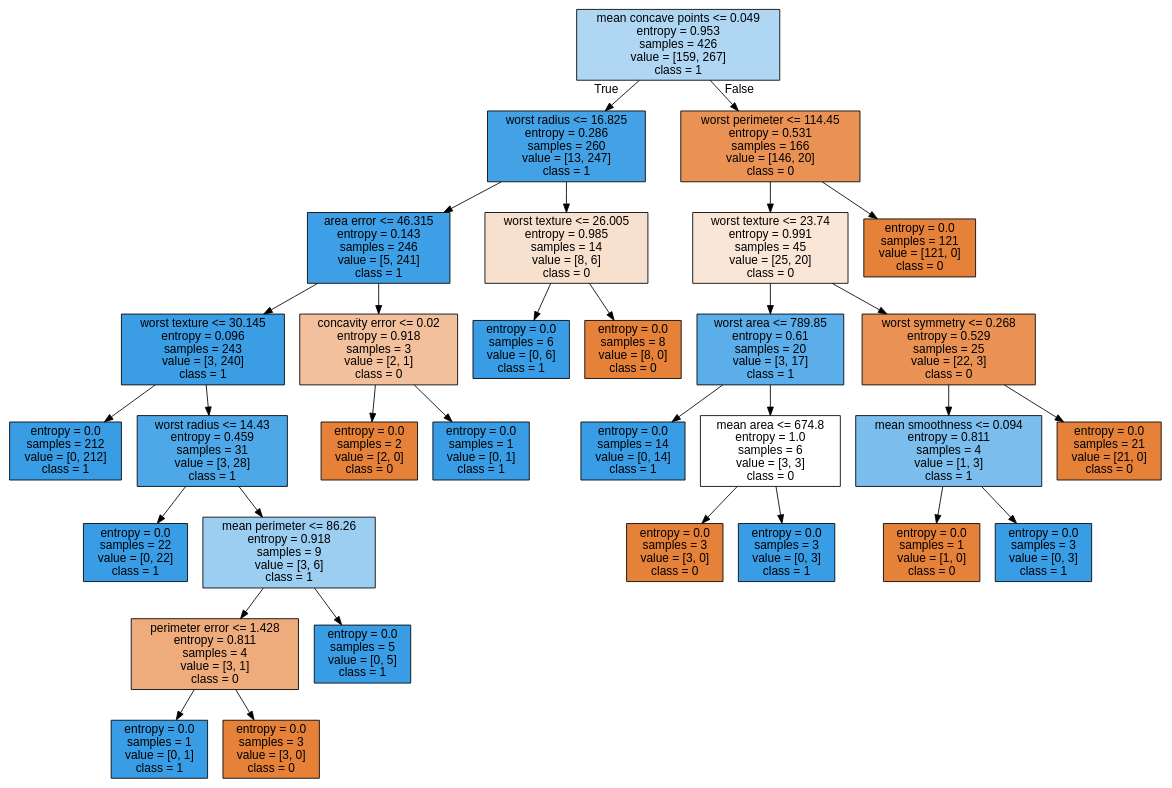
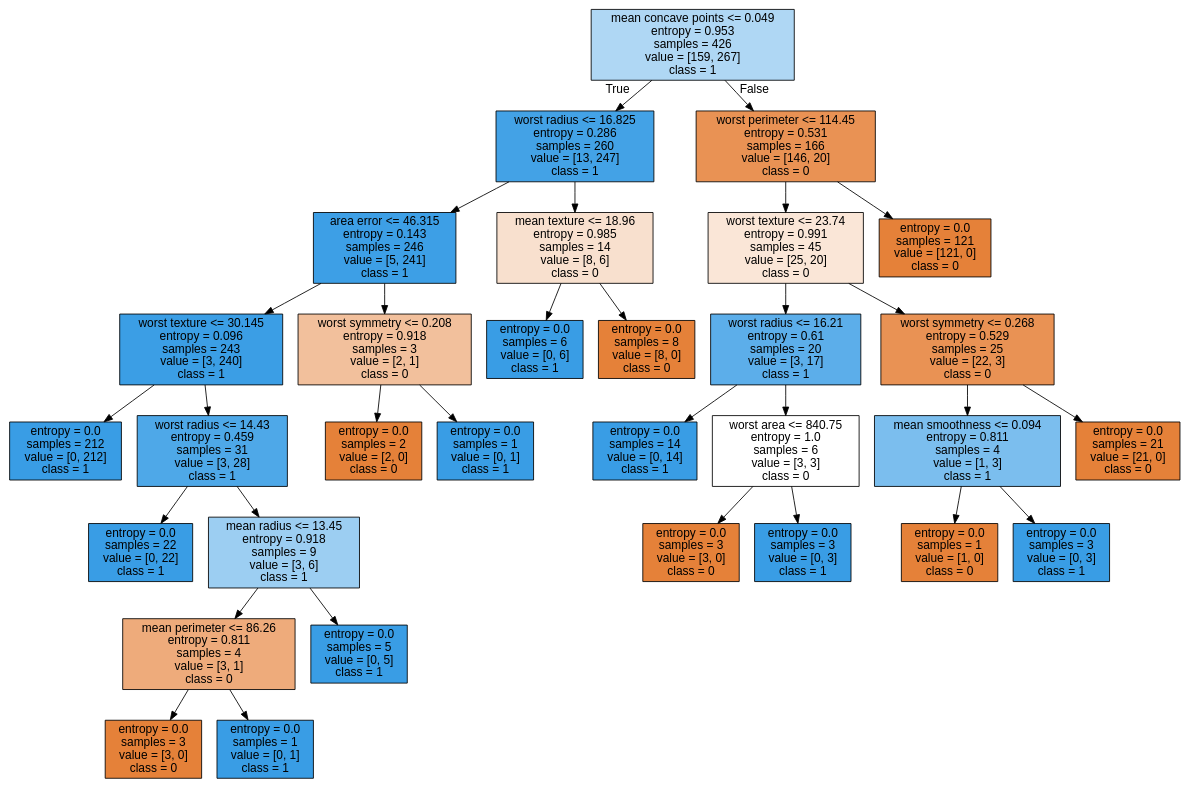
Before and after one commit to zareeiant/Intro_to_Machine_Learning_Student_Workbooks: the diagram in tree.dot, drawn with Graphviz. The commit also changed 2 other files, not shown here.

```diff
--- a/tree.dot
+++ b/tree.dot
@@ -1,65 +1,65 @@
 digraph Tree {
 node [shape=box, style="filled", color="black", fontname="helvetica"] ;
 edge [fontname="helvetica"] ;
 0 [label="mean concave points <= 0.049\nentropy = 0.953\nsamples = 426\nvalue = [159, 267]\nclass = 1", fillcolor="#afd7f4"] ;
 1 [label="worst radius <= 16.825\nentropy = 0.286\nsamples = 260\nvalue = [13, 247]\nclass = 1", fillcolor="#43a2e6"] ;
 0 -> 1 [labeldistance=2.5, labelangle=45, headlabel="True"] ;
 2 [label="area error <= 46.315\nentropy = 0.143\nsamples = 246\nvalue = [5, 241]\nclass = 1", fillcolor="#3d9fe6"] ;
 1 -> 2 ;
 3 [label="worst texture <= 30.145\nentropy = 0.096\nsamples = 243\nvalue = [3, 240]\nclass = 1", fillcolor="#3b9ee5"] ;
 2 -> 3 ;
 4 [label="entropy = 0.0\nsamples = 212\nvalue = [0, 212]\nclass = 1", fillcolor="#399de5"] ;
 3 -> 4 ;
 5 [label="worst radius <= 14.43\nentropy = 0.459\nsamples = 31\nvalue = [3, 28]\nclass = 1", fillcolor="#4ea8e8"] ;
 3 -> 5 ;
 6 [label="entropy = 0.0\nsamples = 22\nvalue = [0, 22]\nclass = 1", fillcolor="#399de5"] ;
 5 -> 6 ;
-7 [label="mean perimeter <= 86.26\nentropy = 0.918\nsamples = 9\nvalue = [3, 6]\nclass = 1", fillcolor="#9ccef2"] ;
+7 [label="mean radius <= 13.45\nentropy = 0.918\nsamples = 9\nvalue = [3, 6]\nclass = 1", fillcolor="#9ccef2"] ;
 5 -> 7 ;
-8 [label="perimeter error <= 1.428\nentropy = 0.811\nsamples = 4\nvalue = [3, 1]\nclass = 0", fillcolor="#eeab7b"] ;
+8 [label="mean perimeter <= 86.26\nentropy = 0.811\nsamples = 4\nvalue = [3, 1]\nclass = 0", fillcolor="#eeab7b"] ;
 7 -> 8 ;
-9 [label="entropy = 0.0\nsamples = 1\nvalue = [0, 1]\nclass = 1", fillcolor="#399de5"] ;
+9 [label="entropy = 0.0\nsamples = 3\nvalue = [3, 0]\nclass = 0", fillcolor="#e58139"] ;
 8 -> 9 ;
-10 [label="entropy = 0.0\nsamples = 3\nvalue = [3, 0]\nclass = 0", fillcolor="#e58139"] ;
+10 [label="entropy = 0.0\nsamples = 1\nvalue = [0, 1]\nclass = 1", fillcolor="#399de5"] ;
 8 -> 10 ;
 11 [label="entropy = 0.0\nsamples = 5\nvalue = [0, 5]\nclass = 1", fillcolor="#399de5"] ;
 7 -> 11 ;
-12 [label="concavity error <= 0.02\nentropy = 0.918\nsamples = 3\nvalue = [2, 1]\nclass = 0", fillcolor="#f2c09c"] ;
+12 [label="worst symmetry <= 0.208\nentropy = 0.918\nsamples = 3\nvalue = [2, 1]\nclass = 0", fillcolor="#f2c09c"] ;
 2 -> 12 ;
 13 [label="entropy = 0.0\nsamples = 2\nvalue = [2, 0]\nclass = 0", fillcolor="#e58139"] ;
 12 -> 13 ;
 14 [label="entropy = 0.0\nsamples = 1\nvalue = [0, 1]\nclass = 1", fillcolor="#399de5"] ;
 12 -> 14 ;
-15 [label="worst texture <= 26.005\nentropy = 0.985\nsamples = 14\nvalue = [8, 6]\nclass = 0", fillcolor="#f8e0ce"] ;
+15 [label="mean texture <= 18.96\nentropy = 0.985\nsamples = 14\nvalue = [8, 6]\nclass = 0", fillcolor="#f8e0ce"] ;
 1 -> 15 ;
 16 [label="entropy = 0.0\nsamples = 6\nvalue = [0, 6]\nclass = 1", fillcolor="#399de5"] ;
 15 -> 16 ;
 17 [label="entropy = 0.0\nsamples = 8\nvalue = [8, 0]\nclass = 0", fillcolor="#e58139"] ;
 15 -> 17 ;
 18 [label="worst perimeter <= 114.45\nentropy = 0.531\nsamples = 166\nvalue = [146, 20]\nclass = 0", fillcolor="#e99254"] ;
 0 -> 18 [labeldistance=2.5, labelangle=-45, headlabel="False"] ;
 19 [label="worst texture <= 23.74\nentropy = 0.991\nsamples = 45\nvalue = [25, 20]\nclass = 0", fillcolor="#fae6d7"] ;
 18 -> 19 ;
-20 [label="worst area <= 789.85\nentropy = 0.61\nsamples = 20\nvalue = [3, 17]\nclass = 1", fillcolor="#5caeea"] ;
+20 [label="worst radius <= 16.21\nentropy = 0.61\nsamples = 20\nvalue = [3, 17]\nclass = 1", fillcolor="#5caeea"] ;
 19 -> 20 ;
 21 [label="entropy = 0.0\nsamples = 14\nvalue = [0, 14]\nclass = 1", fillcolor="#399de5"] ;
 20 -> 21 ;
-22 [label="mean area <= 674.8\nentropy = 1.0\nsamples = 6\nvalue = [3, 3]\nclass = 0", fillcolor="#ffffff"] ;
+22 [label="worst area <= 840.75\nentropy = 1.0\nsamples = 6\nvalue = [3, 3]\nclass = 0", fillcolor="#ffffff"] ;
 20 -> 22 ;
 23 [label="entropy = 0.0\nsamples = 3\nvalue = [3, 0]\nclass = 0", fillcolor="#e58139"] ;
 22 -> 23 ;
 24 [label="entropy = 0.0\nsamples = 3\nvalue = [0, 3]\nclass = 1", fillcolor="#399de5"] ;
 22 -> 24 ;
 25 [label="worst symmetry <= 0.268\nentropy = 0.529\nsamples = 25\nvalue = [22, 3]\nclass = 0", fillcolor="#e99254"] ;
 19 -> 25 ;
 26 [label="mean smoothness <= 0.094\nentropy = 0.811\nsamples = 4\nvalue = [1, 3]\nclass = 1", fillcolor="#7bbeee"] ;
 25 -> 26 ;
 27 [label="entropy = 0.0\nsamples = 1\nvalue = [1, 0]\nclass = 0", fillcolor="#e58139"] ;
 26 -> 27 ;
 28 [label="entropy = 0.0\nsamples = 3\nvalue = [0, 3]\nclass = 1", fillcolor="#399de5"] ;
 26 -> 28 ;
 29 [label="entropy = 0.0\nsamples = 21\nvalue = [21, 0]\nclass = 0", fillcolor="#e58139"] ;
 25 -> 29 ;
 30 [label="entropy = 0.0\nsamples = 121\nvalue = [121, 0]\nclass = 0", fillcolor="#e58139"] ;
 18 -> 30 ;
 }
```
